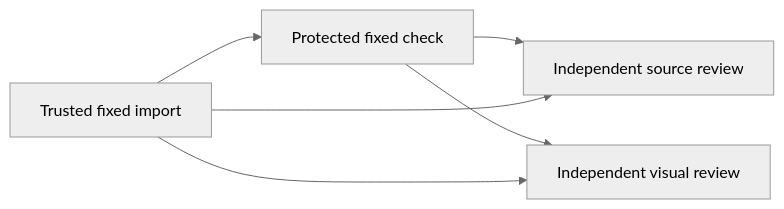
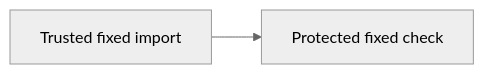
The diagram in examples/sudoku-continuation/README.md (cortexium-io/runner), drawn with Mermaid (neutral theme) before and after one commit. The commit also changed other lines of this file and 13 other files, not shown here.

````diff
--- a/examples/sudoku-continuation/README.md
+++ b/examples/sudoku-continuation/README.md
@@ -72,8 +72,4 @@
 ```mermaid
 flowchart LR
   import[Trusted fixed import] --> baseline[Protected fixed check]
-  baseline --> source[Independent source review]
-  baseline --> visual[Independent visual review]
-  import --> source
-  import --> visual
 ```
````
